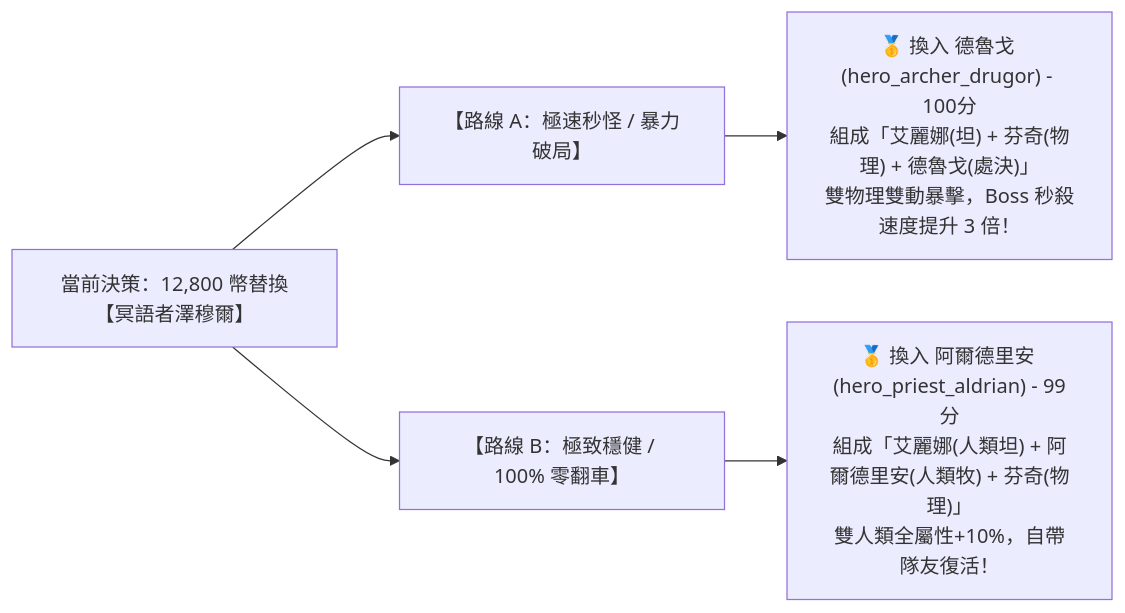
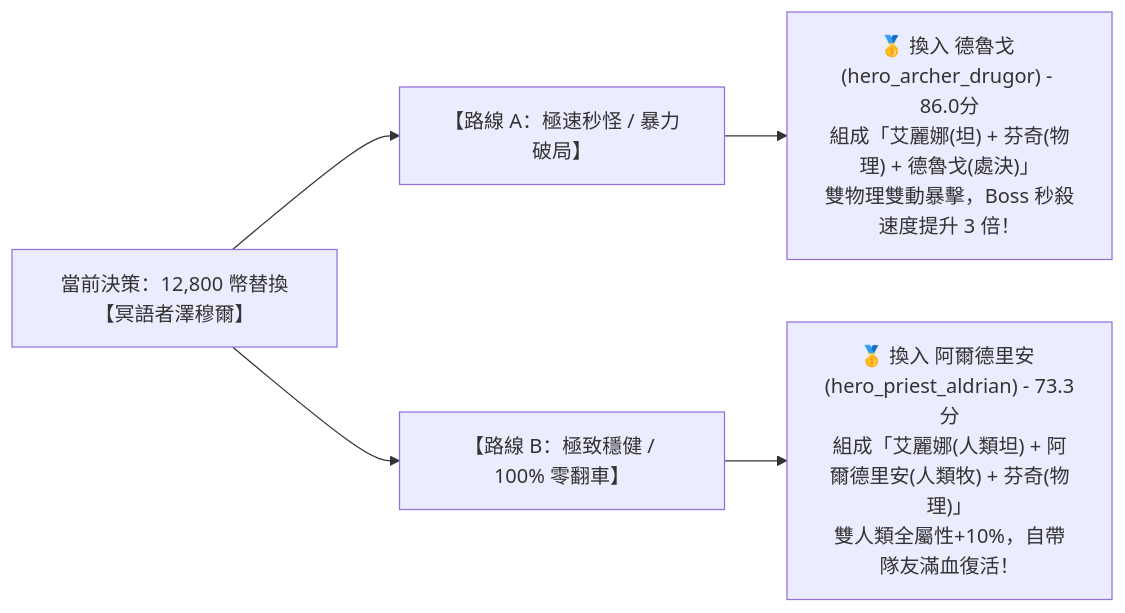
The second of 4 diagrams in meta_data/Game_docs/我目前的資訊.md (alu98753/Blackfire-CV-Autopilot), drawn with Mermaid before and after one commit. The commit also changed other lines of this file and 1 other file, not shown here.

First line of the commit message:
docs(meta): add Level 7 comprehensive hero analysis and stage-by-stage priority breakdown

````diff
--- a/meta_data/Game_docs/我目前的資訊.md
+++ b/meta_data/Game_docs/我目前的資訊.md
@@ -131,8 +135,8 @@
 ```mermaid
 graph LR
     A["當前決策：12,800 幣替換【冥語者澤穆爾】"] --> B["【路線 A：極速秒怪 / 暴力破局】"]
     A --> C["【路線 B：極致穩健 / 100% 零翻車】"]
 
-    B --> B1["🥇 換入 德魯戈 (hero_archer_drugor) - 100分<br>組成「艾麗娜(坦) + 芬奇(物理) + 德魯戈(處決)」<br>雙物理雙動暴擊，Boss 秒殺速度提升 3 倍！"]
-    C --> C1["🥇 換入 阿爾德里安 (hero_priest_aldrian) - 99分<br>組成「艾麗娜(人類坦) + 阿爾德里安(人類牧) + 芬奇(物理)」<br>雙人類全屬性+10%，自帶隊友復活！"]
+    B --> B1["🥇 換入 德魯戈 (hero_archer_drugor) - 86.0分<br>組成「艾麗娜(坦) + 芬奇(物理) + 德魯戈(處決)」<br>雙物理雙動暴擊，Boss 秒殺速度提升 3 倍！"]
+    C --> C1["🥇 換入 阿爾德里安 (hero_priest_aldrian) - 73.3分<br>組成「艾麗娜(人類坦) + 阿爾德里安(人類牧) + 芬奇(物理)」<br>雙人類全屬性+10%，自帶隊友滿血復活！"]
 ```
````
